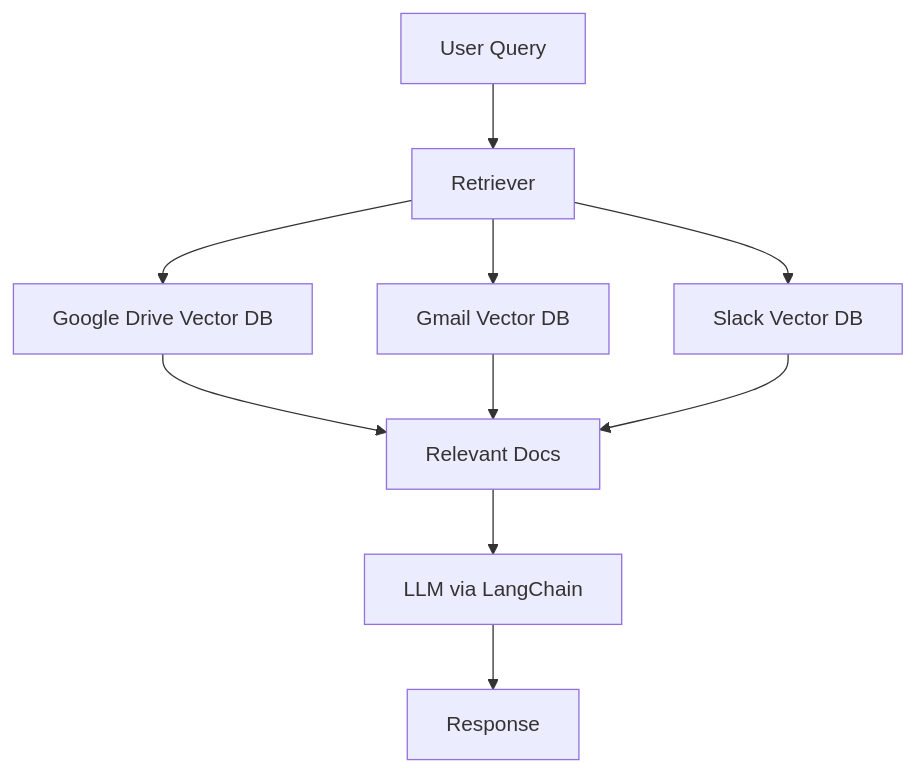
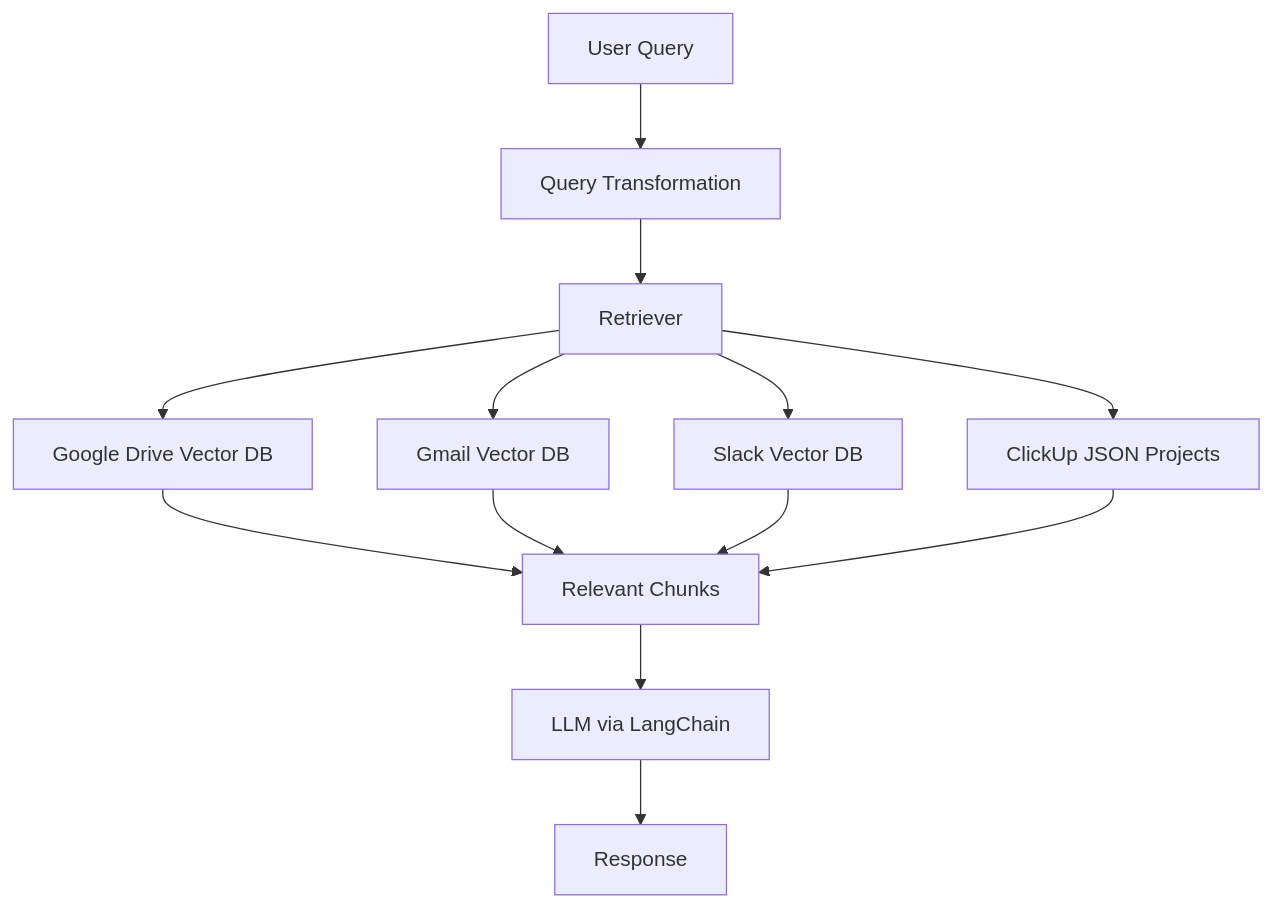
One commit to Zohaib-Sathio/Marketlytics-OneQuery changed the diagram in README.md. Above: the diagram before and after it, drawn with Mermaid. The commit also changed other lines of this file and 2 other files, not shown here.

````diff
--- a/README.md
+++ b/README.md
@@ -22,12 +24,15 @@
 ```mermaid
 flowchart TD
-    A[User Query] --> B[Retriever]
+    A[User Query] --> A1[Query Transformation]
+    A1 --> B[Retriever]
     B --> C1[Google Drive Vector DB]
     B --> C2[Gmail Vector DB]
     B --> C3[Slack Vector DB]
-    C1 --> D[Relevant Docs]
+    B --> C4[ClickUp JSON Projects]
+    C1 --> D[Relevant Chunks]
     C2 --> D
     C3 --> D
+    C4 --> D
     D --> E[LLM via LangChain]
     E --> F[Response]
 ```
````
